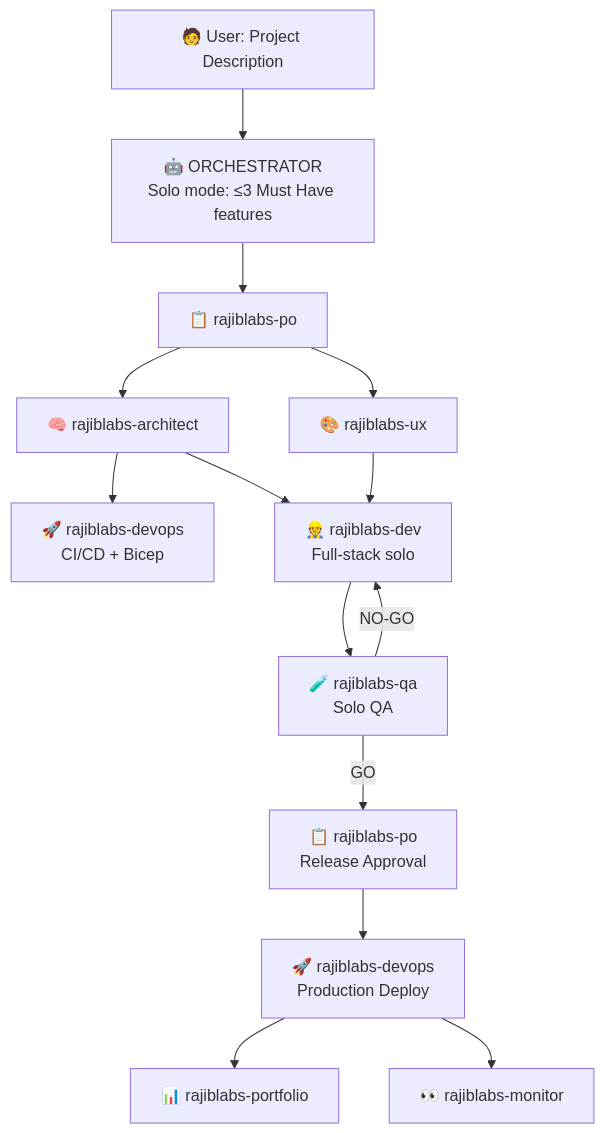
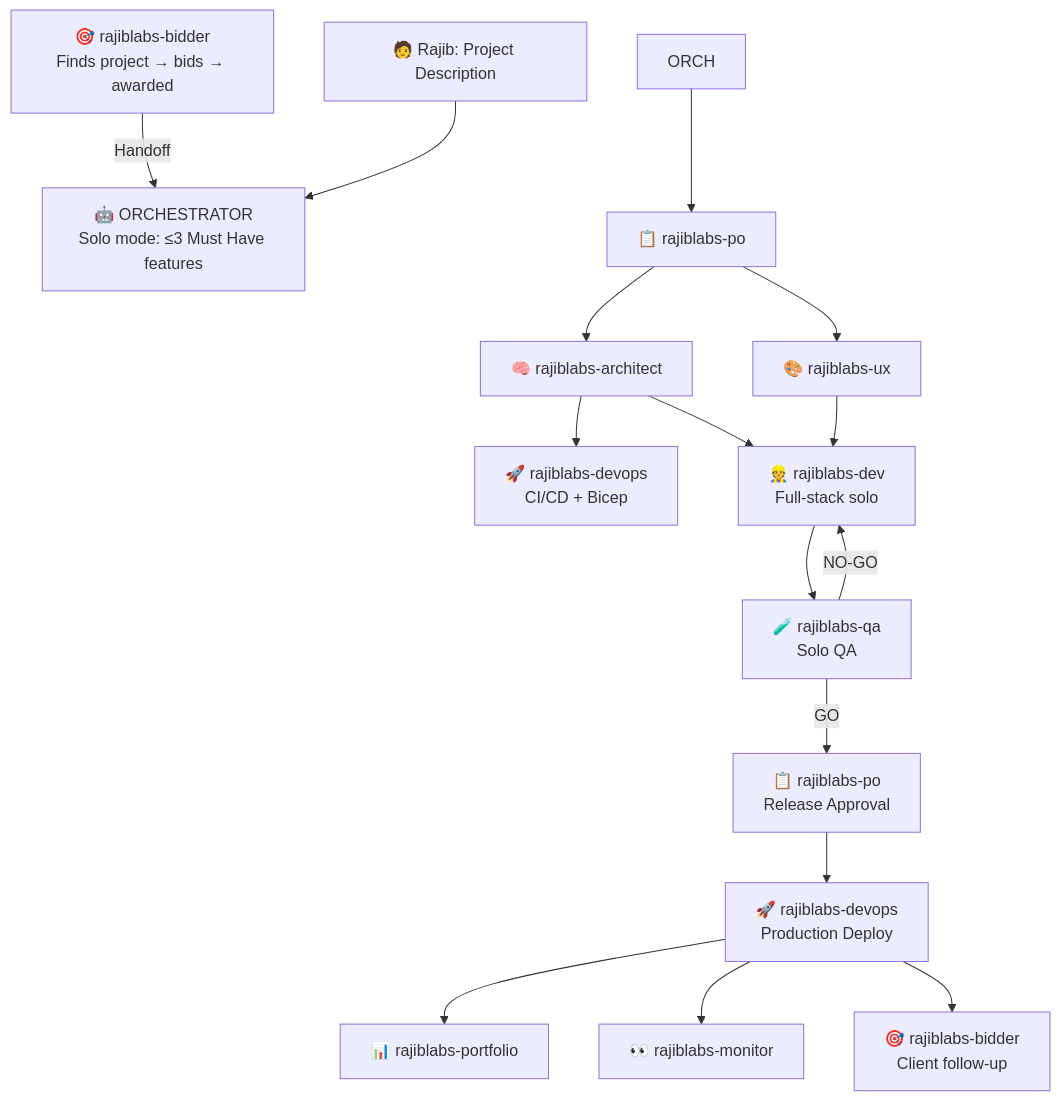
Before and after one commit to rajibmahata/rajiblabs-platform: the second of 5 diagrams in agents/README.md, drawn with Mermaid. The commit also changed other lines of this file and 4 other files, not shown here.

````diff
--- a/agents/README.md
+++ b/agents/README.md
@@ -87,16 +107,19 @@
 ```mermaid
 flowchart TD
-    USER[🧑 User: Project Description] --> ORCH[🤖 ORCHESTRATOR\nSolo mode: ≤3 Must Have features]
+    BIDDER_SOLO[🎯 rajiblabs-bidder<br/>Finds project → bids → awarded] -->|Handoff| ORCH_SOLO
+    USER_SOLO[🧑 Rajib: Project Description] --> ORCH_SOLO
+    ORCH_SOLO[🤖 ORCHESTRATOR<br/>Solo mode: ≤3 Must Have features]
     ORCH --> PO[📋 rajiblabs-po]
     PO --> ARCH[🧠 rajiblabs-architect]
     PO --> UX[🎨 rajiblabs-ux]
     ARCH --> DEVOPS[🚀 rajiblabs-devops\nCI/CD + Bicep]
     ARCH --> DEV[👷 rajiblabs-dev\nFull-stack solo]
     UX --> DEV
     DEV --> QA[🧪 rajiblabs-qa\nSolo QA]
     QA -->|NO-GO| DEV
     QA -->|GO| PO_APPROVE[📋 rajiblabs-po\nRelease Approval]
     PO_APPROVE --> DEVOPS_PROD[🚀 rajiblabs-devops\nProduction Deploy]
     DEVOPS_PROD --> PORTFOLIO[📊 rajiblabs-portfolio]
     DEVOPS_PROD --> MONITOR[👀 rajiblabs-monitor]
+    DEVOPS_PROD --> BIDDER_FOLLOW_SOLO[🎯 rajiblabs-bidder<br/>Client follow-up]
 ```
````
